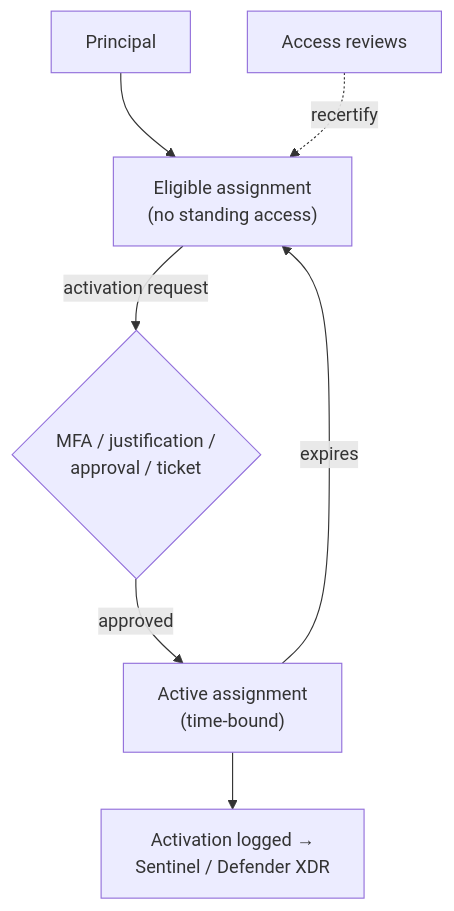
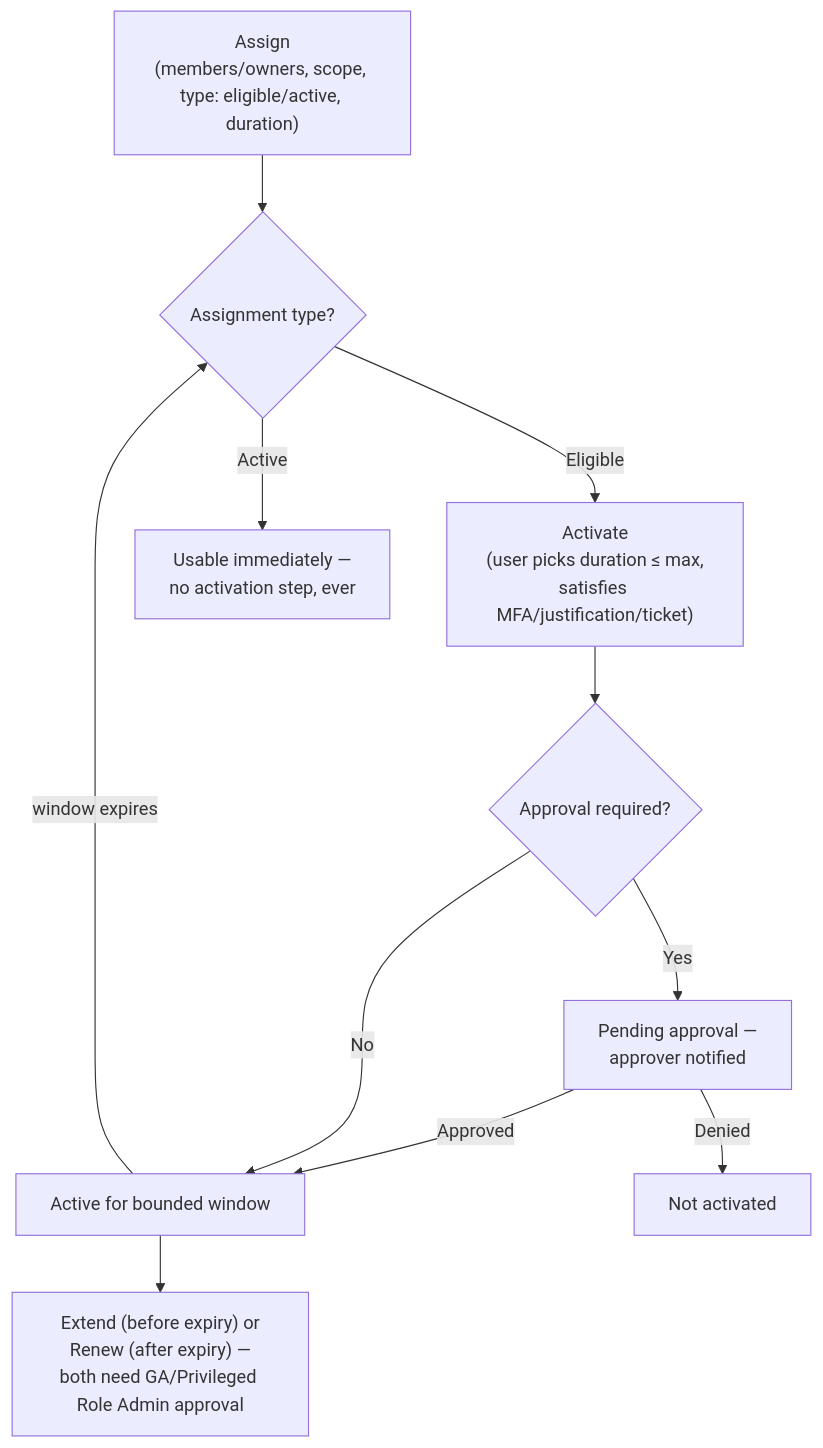
One commit to DhruvKai/SC-100 changed the first of 2 diagrams in Azure Technologies/PIM.md. Above: the diagram before and after it, drawn with Mermaid. The commit also changed other lines of this file and 22 other files, not shown here.

````diff
--- a/Azure Technologies/PIM.md
+++ b/Azure Technologies/PIM.md
@@ -26,9 +109,13 @@
 ```mermaid
 flowchart TD
-    Principal --> Eligible["Eligible assignment<br/>(no standing access)"]
-    Eligible -->|activation request| Gate{"MFA / justification /<br/>approval / ticket"}
-    Gate -->|approved| Active["Active assignment<br/>(time-bound)"]
-    Active -->|expires| Eligible
-    Active --> Audit["Activation logged →<br/>Sentinel / Defender XDR"]
-    Reviews["Access reviews"] -.recertify.-> Eligible
+    Assign["Assign<br/>(members/owners, scope, type: eligible/active, duration)"] --> Type{"Assignment type?"}
+    Type -->|Eligible| Activate["Activate<br/>(user picks duration ≤ max,<br/>satisfies MFA/justification/ticket)"]
+    Activate --> Approval{"Approval required?"}
+    Approval -->|Yes| Pending["Pending approval —<br/>approver notified"]
+    Pending -->|Approved| Active["Active for bounded window"]
+    Pending -->|Denied| Blocked["Not activated"]
+    Approval -->|No| Active
+    Active -->|window expires| Type
+    Type -->|Active| AlwaysOn["Usable immediately —<br/>no activation step, ever"]
+    Active --> Extend["Extend (before expiry) or<br/>Renew (after expiry) —<br/>both need GA/Privileged Role Admin approval"]
 ```
````
